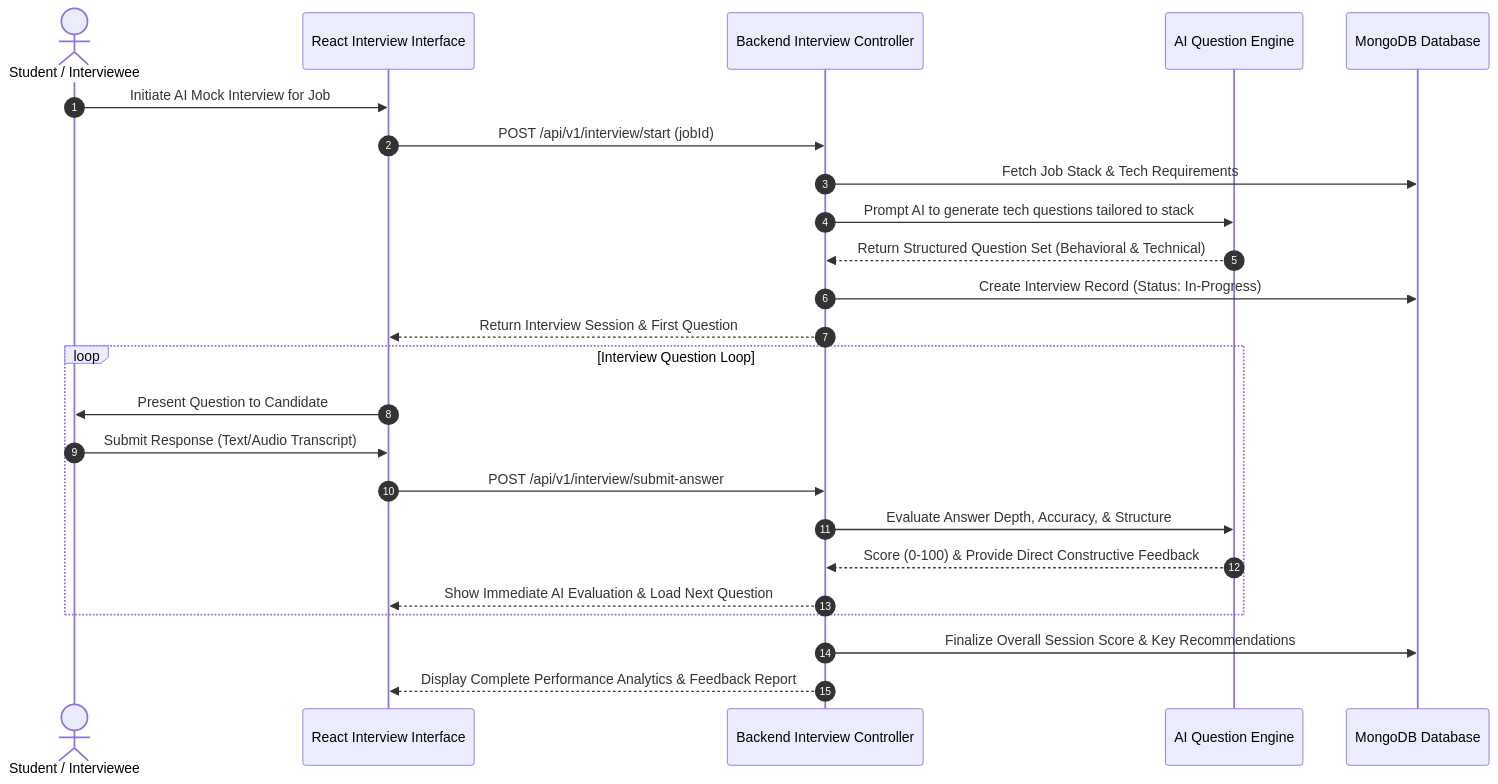
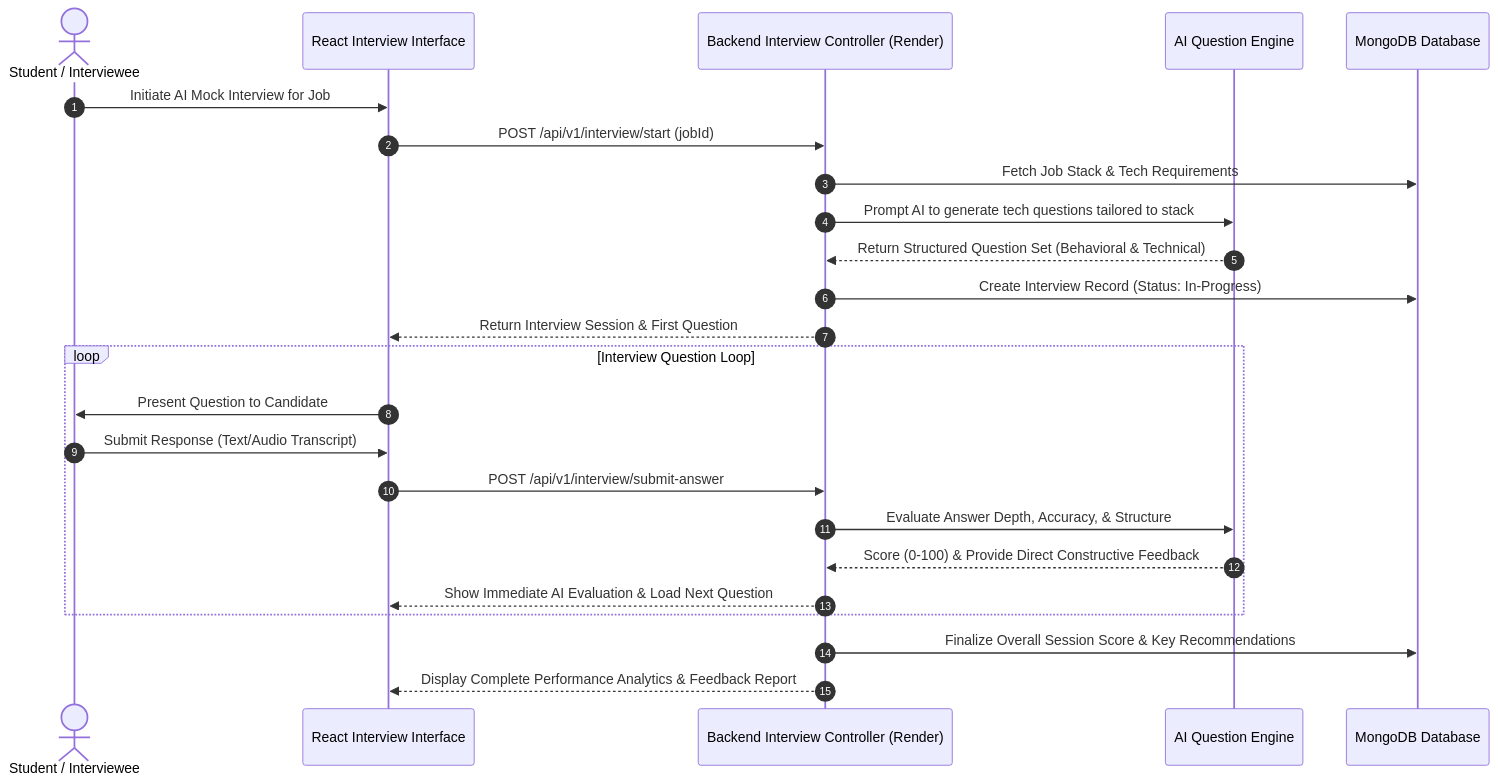
Before and after one commit to sheetanshumohan/AI-Job-Portal: the third of 4 diagrams in README.md, drawn with Mermaid. The commit also changed other lines of this file, not shown here.

Commit message:
docs: update live deployment URLs and specify Render backend hosting

````diff
--- a/README.md
+++ b/README.md
@@ -122,29 +123,29 @@
 ```mermaid
 sequenceDiagram
     autonumber
     actor Candidate as Student / Interviewee
     participant UI as React Interview Interface
-    participant API as Backend Interview Controller
+    participant API as Backend Interview Controller (Render)
     participant AI as AI Question Engine
     participant DB as MongoDB Database
 
     Candidate->>UI: Initiate AI Mock Interview for Job
     UI->>API: POST /api/v1/interview/start (jobId)
     API->>DB: Fetch Job Stack & Tech Requirements
     API->>AI: Prompt AI to generate tech questions tailored to stack
     AI-->>API: Return Structured Question Set (Behavioral & Technical)
     API->>DB: Create Interview Record (Status: In-Progress)
     API-->>UI: Return Interview Session & First Question
     
     loop Interview Question Loop
         UI->>Candidate: Present Question to Candidate
         Candidate->>UI: Submit Response (Text/Audio Transcript)
         UI->>API: POST /api/v1/interview/submit-answer
         API->>AI: Evaluate Answer Depth, Accuracy, & Structure
         AI-->>API: Score (0-100) & Provide Direct Constructive Feedback
         API-->>UI: Show Immediate AI Evaluation & Load Next Question
     end
 
     API->>DB: Finalize Overall Session Score & Key Recommendations
     API-->>UI: Display Complete Performance Analytics & Feedback Report
 ```
````
